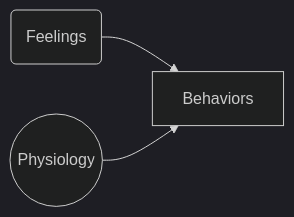
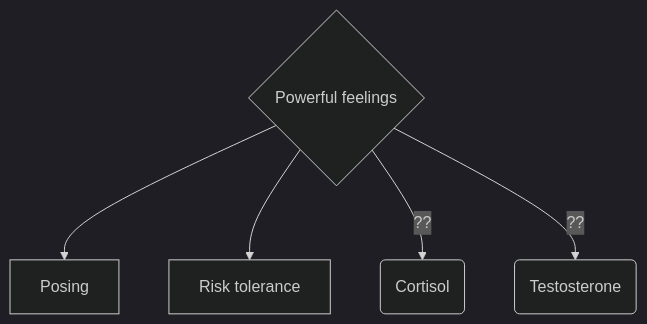
One commit to psu-psychology/psych-490-reproducibility-2023-fall changed the third of 8 diagrams in src/notes/wk09-2023-10-18.qmd. Above: the diagram before and after it, drawn with Mermaid (dark theme). The commit also changed other lines of this file and 29 other files, not shown here.

````diff
--- a/src/notes/wk09-2023-10-18.qmd
+++ b/src/notes/wk09-2023-10-18.qmd
@@ -290,6 +292,7 @@
 ```{mermaid}
-%%| width: 80%
-flowchart LR
-  B(Feelings) -->A[Behaviors]
-  C((Physiology)) -->A
+flowchart TD
+  D{Powerful feelings} -->A[Posing]
+  D -->E[Risk tolerance]
+  D -->|??|C(Cortisol)
+  D -->|??|B(Testosterone)
 ```
````
